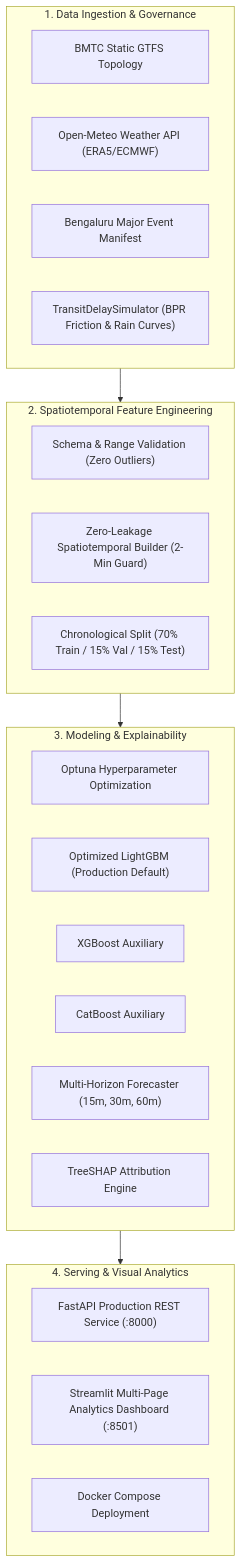
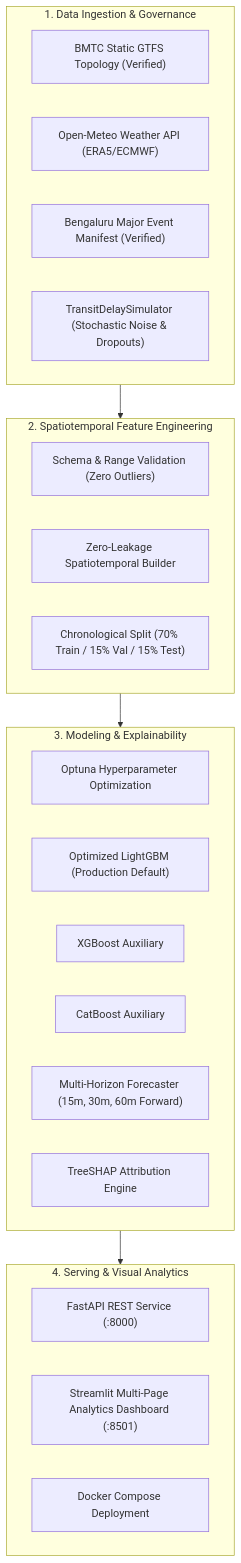
The diagram in README.md (thrilokmanjunath/TransitPulse-AI), drawn with Mermaid before and after one commit. The commit also changed other lines of this file and 53 other files, not shown here.

````diff
--- a/README.md
+++ b/README.md
@@ -38,34 +46,34 @@
 ```mermaid
 flowchart TD
     subgraph Data["1. Data Ingestion & Governance"]
-        GTFS["BMTC Static GTFS Topology"]
+        GTFS["BMTC Static GTFS Topology (Verified)"]
         METEO["Open-Meteo Weather API (ERA5/ECMWF)"]
-        EVENTS["Bengaluru Major Event Manifest"]
-        SIM["TransitDelaySimulator (BPR Friction & Rain Curves)"]
+        EVENTS["Bengaluru Major Event Manifest (Verified)"]
+        SIM["TransitDelaySimulator (Stochastic Noise & Dropouts)"]
     end
 
     subgraph Feature["2. Spatiotemporal Feature Engineering"]
         VAL["Schema & Range Validation (Zero Outliers)"]
-        FEAT["Zero-Leakage Spatiotemporal Builder (2-Min Guard)"]
+        FEAT["Zero-Leakage Spatiotemporal Builder"]
         SPLIT["Chronological Split (70% Train / 15% Val / 15% Test)"]
     end
 
     subgraph Model["3. Modeling & Explainability"]
         OPT["Optuna Hyperparameter Optimization"]
         LGB["Optimized LightGBM (Production Default)"]
         XGB["XGBoost Auxiliary"]
         CAT["CatBoost Auxiliary"]
-        HORIZON["Multi-Horizon Forecaster (15m, 30m, 60m)"]
+        HORIZON["Multi-Horizon Forecaster (15m, 30m, 60m Forward)"]
         SHAP_E["TreeSHAP Attribution Engine"]
     end
 
     subgraph Serving["4. Serving & Visual Analytics"]
-        API["FastAPI Production REST Service (:8000)"]
+        API["FastAPI REST Service (:8000)"]
         DASH["Streamlit Multi-Page Analytics Dashboard (:8501)"]
         DOCKER["Docker Compose Deployment"]
     end
 
     Data --> Feature
     Feature --> Model
     Model --> Serving
 ```
````
